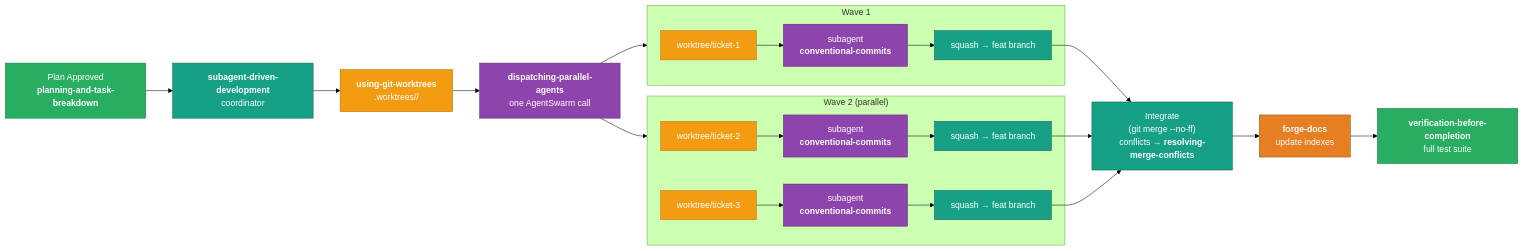
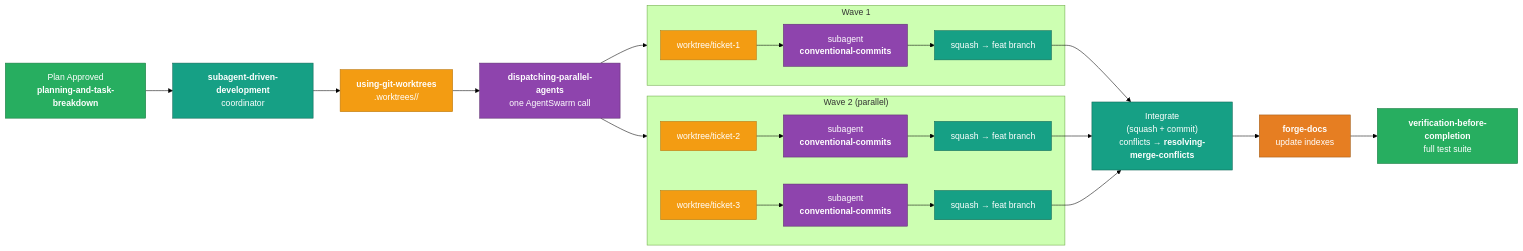
Before and after one commit to weselben/RooForge: the fourth of 5 diagrams in README.md, drawn with Mermaid (forest theme). The commit also changed other lines of this file and 4 other files, not shown here.

````diff
--- a/README.md
+++ b/README.md
@@ -189,42 +189,42 @@
 ```mermaid
 flowchart LR
     Plan["Plan Approved<br/><b>planning-and-task-breakdown</b>"] --> SDD["<b>subagent-driven-development</b><br/>coordinator"]
     SDD --> Worktrees["<b>using-git-worktrees</b><br/>.worktrees/<task-slug>/"]
     Worktrees --> Swarm["<b>dispatching-parallel-agents</b><br/>one AgentSwarm call"]
     
     subgraph Wave1["Wave 1"]
         WT1["worktree/ticket-1"] --> SA1["subagent<br/><b>conventional-commits</b>"] --> Squash1["squash → feat branch"]
     end
     
     subgraph Wave2["Wave 2 (parallel)"]
         WT2["worktree/ticket-2"] --> SA2["subagent<br/><b>conventional-commits</b>"] --> Squash2["squash → feat branch"]
         WT3["worktree/ticket-3"] --> SA3["subagent<br/><b>conventional-commits</b>"] --> Squash3["squash → feat branch"]
     end
     
     Swarm --> Wave1
     Swarm --> Wave2
     
-    Squash1 --> Integrate["Integrate<br/>(git merge --no-ff)<br/>conflicts → <b>resolving-merge-conflicts</b>"]
+    Squash1 --> Integrate["Integrate<br/>(squash + commit)<br/>conflicts → <b>resolving-merge-conflicts</b>"]
     Squash2 --> Integrate
     Squash3 --> Integrate
     
     Integrate --> Docs["<b>forge-docs</b><br/>update indexes"]
     Docs --> Verify["<b>verification-before-completion</b><br/>full test suite"]
     
     style Plan fill:#27AE60,color:#fff,stroke:#1A7A42
     style SDD fill:#16A085,color:#fff,stroke:#0E6655
     style Worktrees fill:#F39C12,color:#fff,stroke:#B8750E
     style Swarm fill:#8E44AD,color:#fff,stroke:#5B2D6E
     style WT1 fill:#F39C12,color:#fff,stroke:#B8750E
     style WT2 fill:#F39C12,color:#fff,stroke:#B8750E
     style WT3 fill:#F39C12,color:#fff,stroke:#B8750E
     style SA1 fill:#8E44AD,color:#fff,stroke:#5B2D6E
     style SA2 fill:#8E44AD,color:#fff,stroke:#5B2D6E
     style SA3 fill:#8E44AD,color:#fff,stroke:#5B2D6E
     style Squash1 fill:#16A085,color:#fff,stroke:#0E6655
     style Squash2 fill:#16A085,color:#fff,stroke:#0E6655
     style Squash3 fill:#16A085,color:#fff,stroke:#0E6655
     style Integrate fill:#16A085,color:#fff,stroke:#0E6655
     style Docs fill:#E67E22,color:#fff,stroke:#A05A15
     style Verify fill:#27AE60,color:#fff,stroke:#1A7A42
 ```
````
